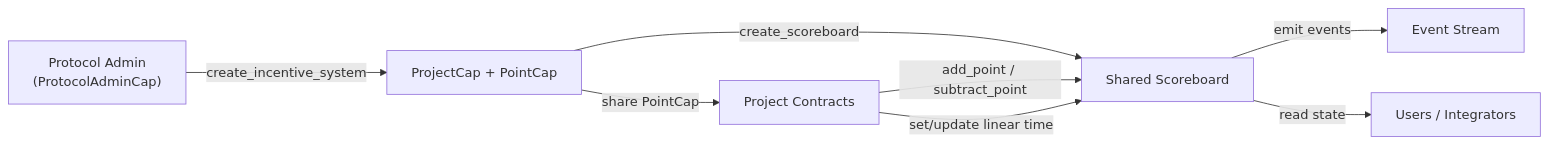
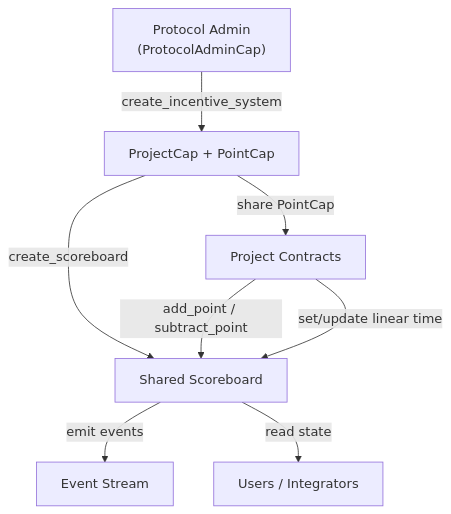
One commit to Liquidlink-Lab/liquidlink-book changed the diagram in my-app/content/docs/incentive-design.mdx. Above: the diagram before and after it, drawn with Mermaid. The commit also changed 4 other files, not shown here.

First line of the commit message:
Refactor Mermaid component to use React hooks and improve theme handling

````diff
--- a/my-app/content/docs/incentive-design.mdx
+++ b/my-app/content/docs/incentive-design.mdx
@@ -111,10 +111,17 @@
 ```mermaid
-flowchart LR
-    Admin["Protocol Admin\n(ProtocolAdminCap)"] -->|create_incentive_system| Caps["ProjectCap + PointCap"]
-    Caps -->|create_scoreboard| Scoreboard["Shared Scoreboard"]
-    Caps -->|share PointCap| Project["Project Contracts"]
+flowchart TD
+    Admin["Protocol Admin\n(ProtocolAdminCap)"]
+    Caps["ProjectCap + PointCap"]
+    Project["Project Contracts"]
+    Scoreboard["Shared Scoreboard"]
+    EventLog["Event Stream"]
+    Users["Users / Integrators"]
+
+    Admin -->|create_incentive_system| Caps
+    Caps -->|create_scoreboard| Scoreboard
+    Caps -->|share PointCap| Project
     Project -->|add_point / subtract_point| Scoreboard
     Project -->|set/update linear time| Scoreboard
-    Scoreboard -->|emit events| EventLog["Event Stream"]
-    Scoreboard -->|read state| Users["Users / Integrators"]
+    Scoreboard -->|emit events| EventLog
+    Scoreboard -->|read state| Users
 ```
````
